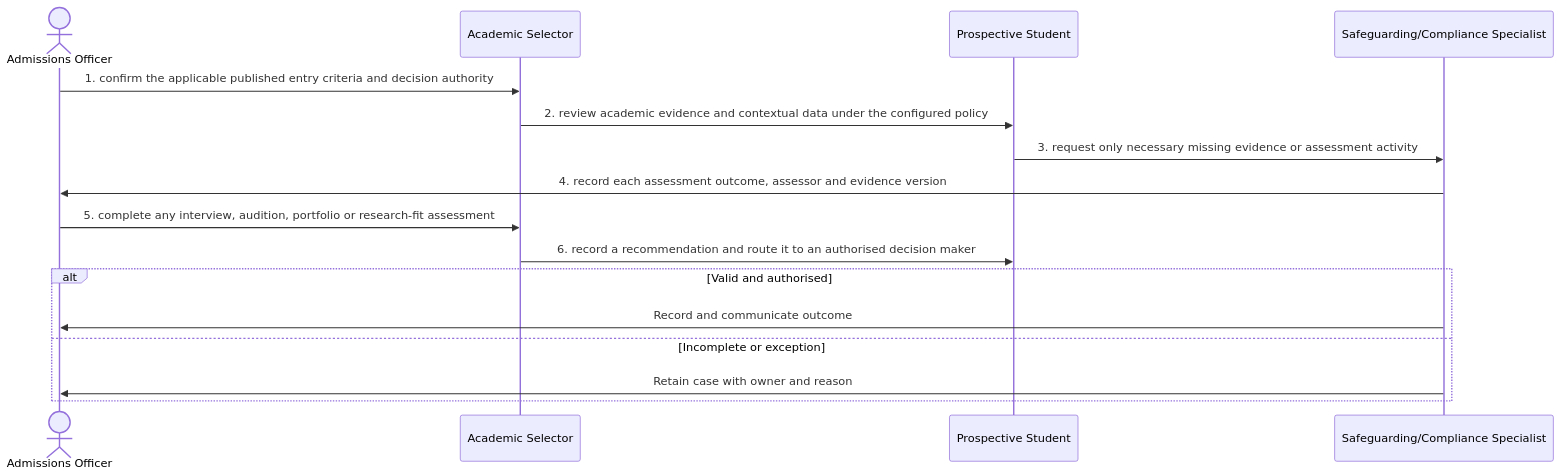
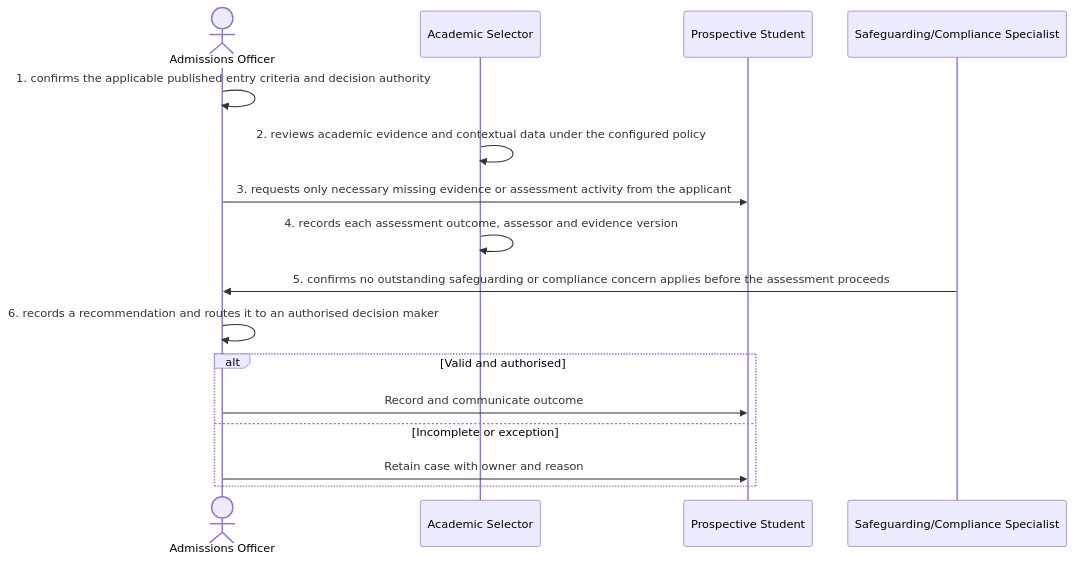
Before and after one commit to RevelationCore/Revelation-SRS: the diagram in docs/business-processes/01-recruitment-and-admissions/bp-01-002-assess-an-application.md, drawn with Mermaid. The commit also changed other lines of this file and 96 other files, not shown here.

````diff
--- a/docs/business-processes/01-recruitment-and-admissions/bp-01-002-assess-an-application.md
+++ b/docs/business-processes/01-recruitment-and-admissions/bp-01-002-assess-an-application.md
@@ -158,18 +158,18 @@
 ```mermaid
 sequenceDiagram
     actor A1 as Admissions Officer
     participant A2 as Academic Selector
     participant A3 as Prospective Student
     participant A4 as Safeguarding/Compliance Specialist
-    A1->>A2: 1. confirm the applicable published entry criteria and decision authority
-    A2->>A3: 2. review academic evidence and contextual data under the configured policy
-    A3->>A4: 3. request only necessary missing evidence or assessment activity
-    A4->>A1: 4. record each assessment outcome, assessor and evidence version
-    A1->>A2: 5. complete any interview, audition, portfolio or research-fit assessment
-    A2->>A3: 6. record a recommendation and route it to an authorised decision maker
+    A1->>A1: 1. confirms the applicable published entry criteria and decision authority
+    A2->>A2: 2. reviews academic evidence and contextual data under the configured policy
+    A1->>A3: 3. requests only necessary missing evidence or assessment activity from the applicant
+    A2->>A2: 4. records each assessment outcome, assessor and evidence version
+    A4->>A1: 5. confirms no outstanding safeguarding or compliance concern applies before the assessment proceeds
+    A1->>A1: 6. records a recommendation and routes it to an authorised decision maker
     alt Valid and authorised
-        A4->>A1: Record and communicate outcome
+        A1->>A3: Record and communicate outcome
     else Incomplete or exception
-        A4->>A1: Retain case with owner and reason
+        A1->>A3: Retain case with owner and reason
     end
 ```
````
